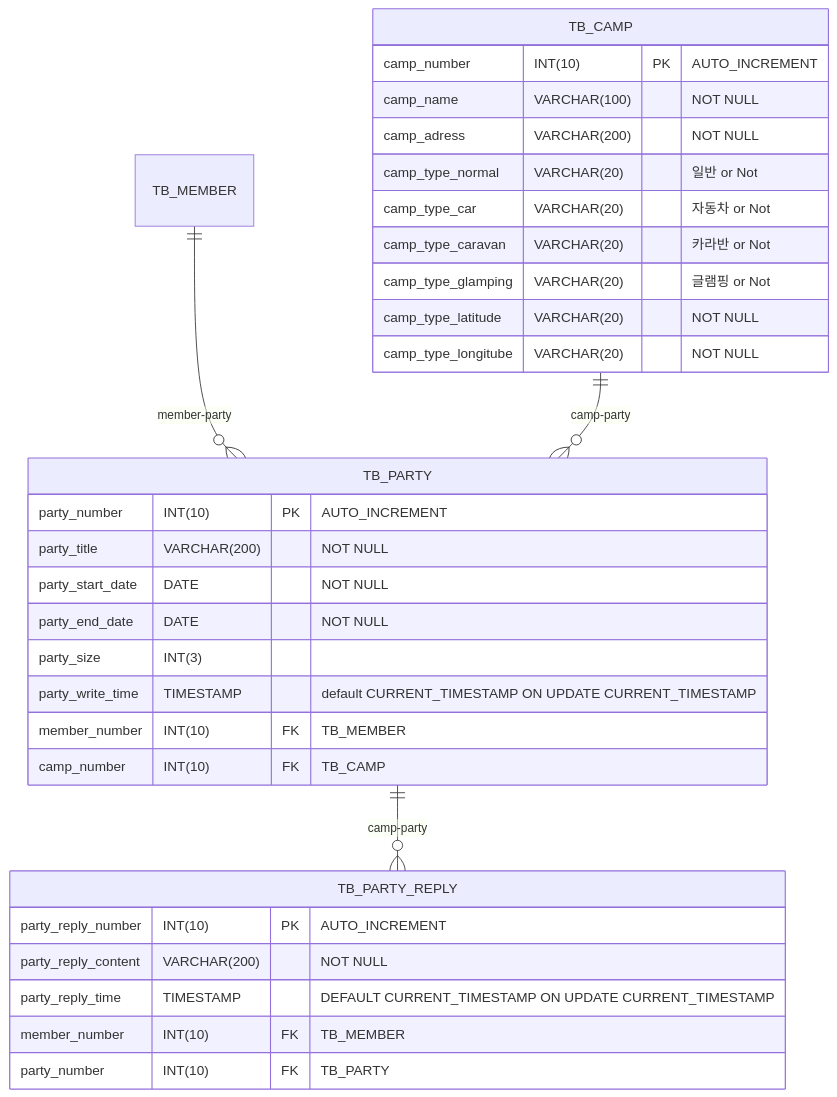
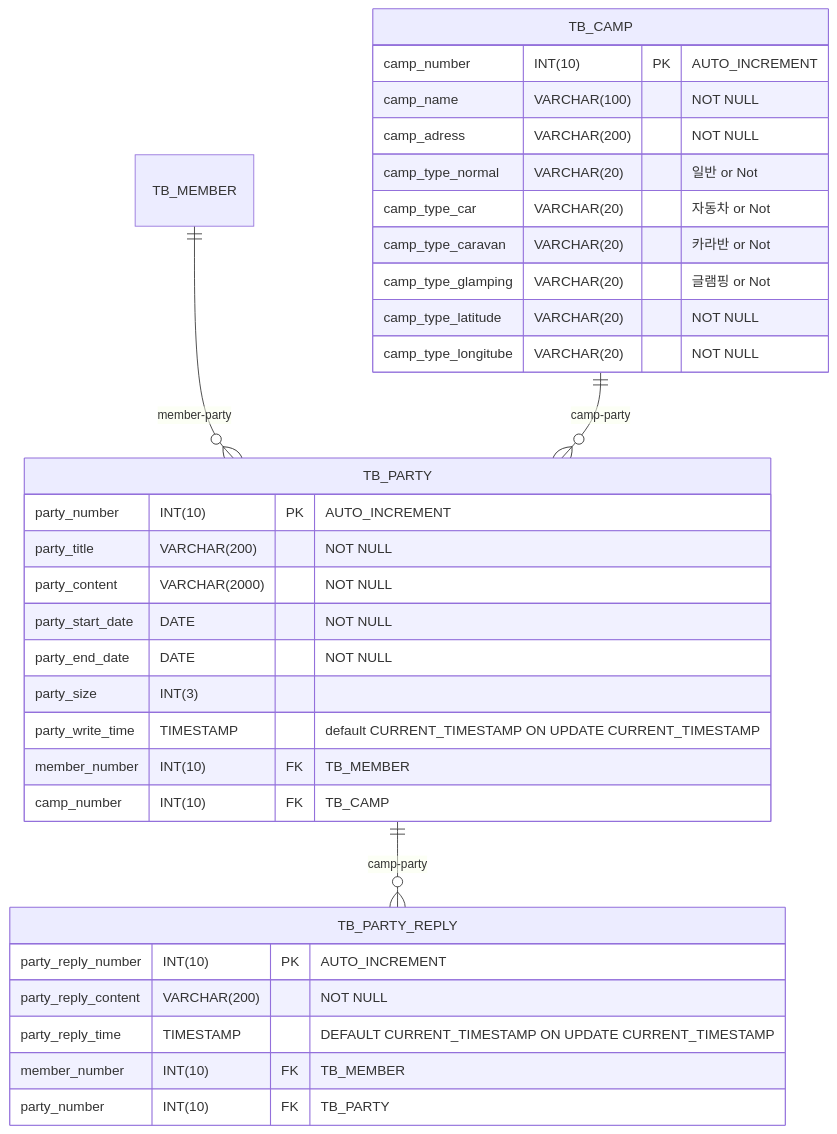
Before and after one commit to Choongang-Third-Project/jeju-campking: the sixth of 10 diagrams in docs/README.md, drawn with Mermaid. The commit also changed other lines of this file, not shown here.

````diff
--- a/docs/README.md
+++ b/docs/README.md
@@ -223,42 +277,43 @@
 ```mermaid
 erDiagram
     TB_MEMBER ||--o{ TB_PARTY: member-party
     TB_CAMP ||--o{ TB_PARTY: camp-party
     TB_PARTY ||--o{ TB_PARTY_REPLY: camp-party
 
     TB_MEMBER {
     }
 
     TB_PARTY {
         party_number INT(10) PK "AUTO_INCREMENT"
         party_title VARCHAR(200) "NOT NULL"
+        party_content VARCHAR(2000) "NOT NULL"
         party_start_date DATE "NOT NULL"
         party_end_date DATE "NOT NULL"
         party_size INT(3)
         party_write_time TIMESTAMP "default CURRENT_TIMESTAMP ON UPDATE CURRENT_TIMESTAMP"
 
         member_number INT(10) FK "TB_MEMBER"
         camp_number INT(10) FK "TB_CAMP"
     }
 
     TB_PARTY_REPLY {
         party_reply_number INT(10) PK "AUTO_INCREMENT"
         party_reply_content VARCHAR(200) "NOT NULL"
         party_reply_time TIMESTAMP "DEFAULT CURRENT_TIMESTAMP ON UPDATE CURRENT_TIMESTAMP"
 
         member_number INT(10) FK "TB_MEMBER"
         party_number INT(10) FK "TB_PARTY"
     }
 
     TB_CAMP {
         camp_number INT(10) PK "AUTO_INCREMENT"
         camp_name VARCHAR(100) "NOT NULL"
         camp_adress VARCHAR(200) "NOT NULL"
         camp_type_normal VARCHAR(20) "일반 or Not"
         camp_type_car VARCHAR(20) "자동차 or Not"
         camp_type_caravan VARCHAR(20) "카라반 or Not"
         camp_type_glamping VARCHAR(20) "글램핑 or Not"
         camp_type_latitude VARCHAR(20) "NOT NULL"
         camp_type_longitube VARCHAR(20) "NOT NULL"
     }
 ```
````
